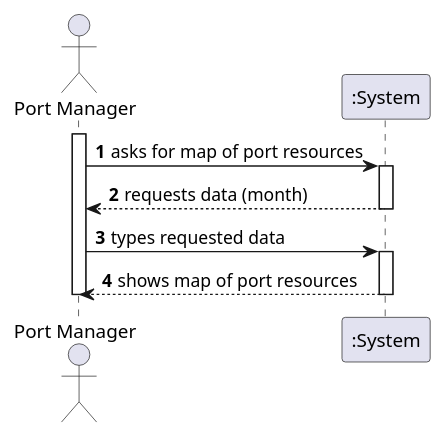
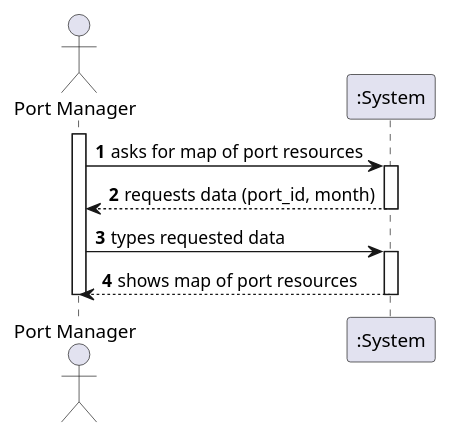
The diagram in docs/Sprint 3/US/US310/US310_SSD.puml (1190772/LAB-Project-3), drawn with PlantUML before and after one commit. The commit also changed 6 other files, not shown here.

```diff
--- a/docs/Sprint 3/US/US310/US310_SSD.puml
+++ b/docs/Sprint 3/US/US310/US310_SSD.puml
@@ -1,23 +1,23 @@
 @startuml
 'https://plantuml.com/sequence-diagram
 
 autonumber
 
 actor "Port Manager" as PM
 
 activate PM
 PM -> ":System" : asks for map of port resources
 
 activate ":System"
-":System" --> "PM" : requests data (month)
+":System" --> "PM" : requests data (port_id, month)
 deactivate ":System"
 
 PM -> ":System" : types requested data
 
 activate ":System"
 ":System" --> PM : shows map of port resources
 deactivate ":System"
 
 deactivate PM
 
 @enduml
```
